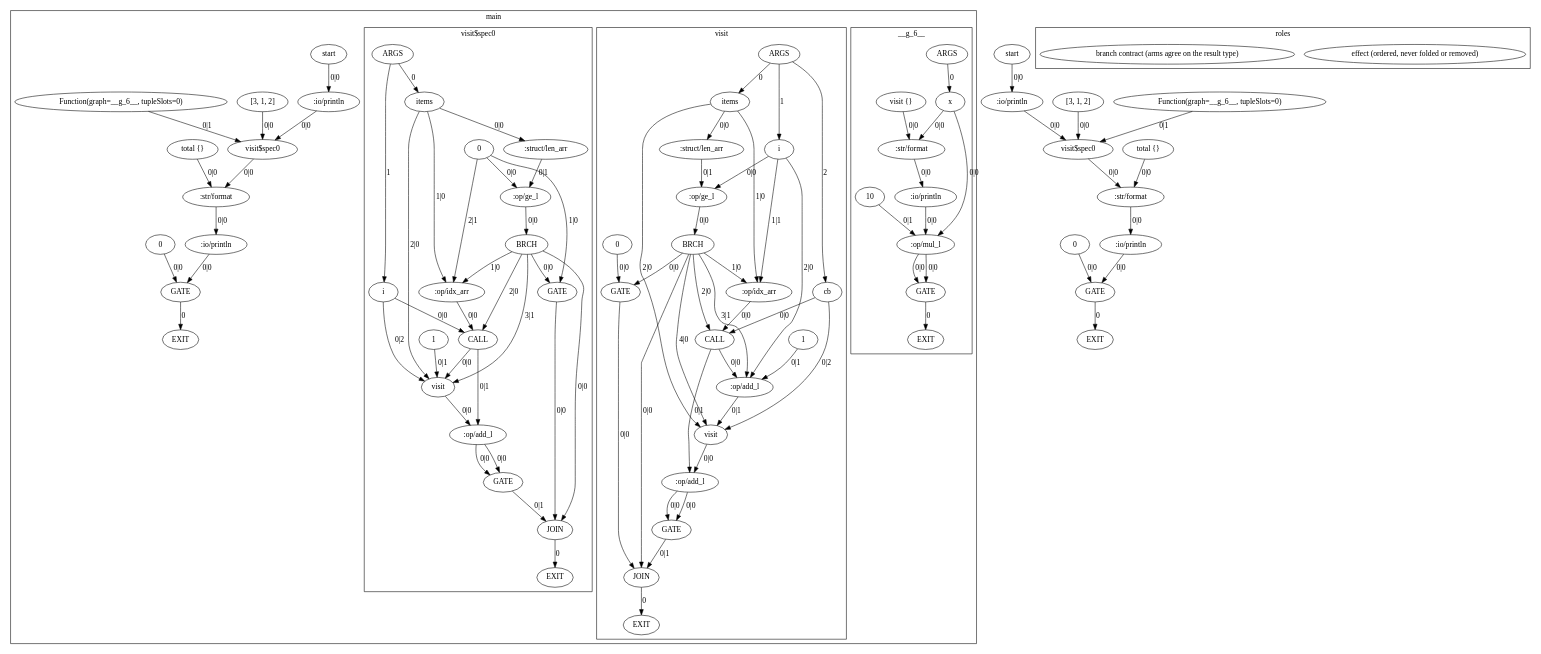
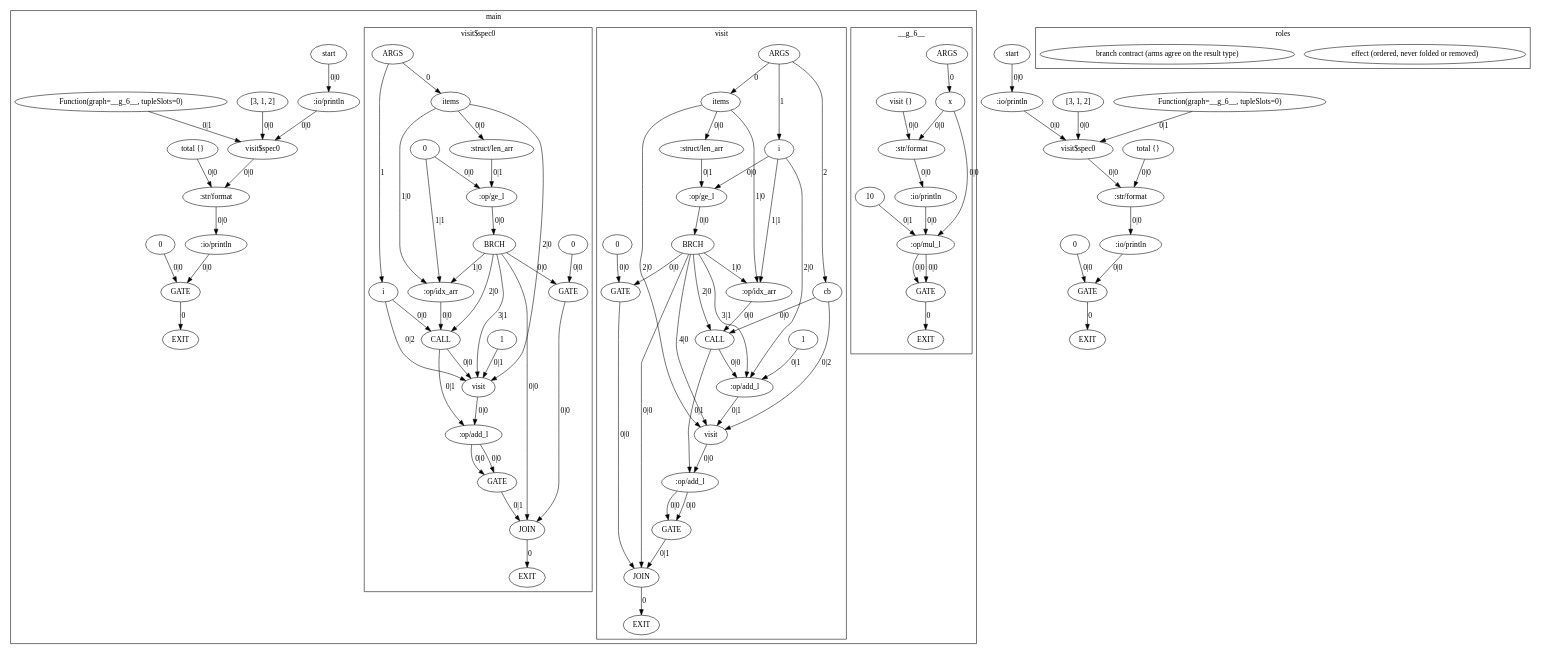
Before and after one commit to OpenCML/Camel: the diagram in exemplars/05_effect_order/expected/simplified.agir.dot, drawn with Graphviz. The commit also changed 30 other files, not shown here.

```diff
--- a/exemplars/05_effect_order/expected/simplified.agir.dot
+++ b/exemplars/05_effect_order/expected/simplified.agir.dot
@@ -89,81 +89,82 @@
             N1E [label="GATE", type="GATE", value_type="int"];
             N1F [label=":op/idx_arr", type="OPER", origin=274, span="10:24-10:25", srcfile="exemplars/05_effect_order/program.cml", value_type="int"];
             N20 [label="CALL", type="CALL", origin=275, span="10:16-10:28", srcfile="exemplars/05_effect_order/program.cml", value_type="int"];
-            N21 [label="1", type="DATA", origin=279, span="11:32-11:33", srcfile="exemplars/05_effect_order/program.cml", value_type="int"];
-            N22 [label="visit", type="FUNC", origin=281, span="11:15-11:38", srcfile="exemplars/05_effect_order/program.cml", value_type="int"];
-            N23 [label=":op/add_l", type="OPER", origin=282, span="11:39-11:40", srcfile="exemplars/05_effect_order/program.cml", value_type="int"];
-            N24 [label="GATE", type="GATE", value_type="int"];
+            N21 [label="visit", type="FUNC", origin=281, span="11:15-11:38", srcfile="exemplars/05_effect_order/program.cml", value_type="int"];
+            N22 [label=":op/add_l", type="OPER", origin=282, span="11:39-11:40", srcfile="exemplars/05_effect_order/program.cml", value_type="int"];
+            N23 [label="GATE", type="GATE", value_type="int"];
+            N24 [label="0", type="DATA", value_type="int"];
+            N25 [label="1", type="DATA", origin=280, span="11:30-11:31", srcfile="exemplars/05_effect_order/program.cml", value_type="int"];
             F04 -> N17 [label="0", type="NORM_PORT"];
             F04 -> N18 [label="1", type="NORM_PORT"];
             N1B -> O04 [label="0", type="EXIT"];
             N17 -> N19 [label="0|0", type="NORM"];
-            N1D -> N1A [label="0|0", type="NORM"];
+            N24 -> N1A [label="0|0", type="NORM"];
             N19 -> N1A [label="0|1", type="NORM"];
             N1E -> N1B [label="0|0", type="WITH"];
-            N24 -> N1B [label="0|1", type="WITH"];
+            N23 -> N1B [label="0|1", type="WITH"];
             N1C -> N1B [label="0|0", type="NORM"];
             N1A -> N1C [label="0|0", type="NORM"];
-            N1D -> N1E [label="1|0", type="NORM"];
+            N1D -> N1E [label="0|0", type="NORM"];
             N1C -> N1E [label="0|0", type="CTRL"];
             N17 -> N1F [label="1|0", type="NORM"];
-            N1D -> N1F [label="2|1", type="NORM"];
+            N24 -> N1F [label="1|1", type="NORM"];
             N1C -> N1F [label="1|0", type="CTRL"];
             N18 -> N20 [label="0|0", type="WITH"];
             N1F -> N20 [label="0|0", type="NORM"];
             N1C -> N20 [label="2|0", type="CTRL"];
-            N17 -> N22 [label="2|0", type="NORM"];
-            N21 -> N22 [label="0|1", type="NORM"];
-            N18 -> N22 [label="0|2", type="NORM"];
-            N20 -> N22 [label="0|0", type="CTRL"];
-            N1C -> N22 [label="3|1", type="CTRL"];
+            N17 -> N21 [label="2|0", type="NORM"];
+            N25 -> N21 [label="0|1", type="NORM"];
+            N18 -> N21 [label="0|2", type="NORM"];
+            N20 -> N21 [label="0|0", type="CTRL"];
+            N1C -> N21 [label="3|1", type="CTRL"];
+            N21 -> N22 [label="0|0", type="NORM"];
+            N20 -> N22 [label="0|1", type="NORM"];
             N22 -> N23 [label="0|0", type="NORM"];
-            N20 -> N23 [label="0|1", type="NORM"];
-            N23 -> N24 [label="0|0", type="NORM"];
-            N23 -> N24 [label="0|0", type="CTRL"];
+            N22 -> N23 [label="0|0", type="CTRL"];
         }
         O01 [label="EXIT", type="EXIT"];
-        N25 [label="start", type="DATA", origin=285, span="16:12-16:19", srcfile="exemplars/05_effect_order/program.cml", value_type="string"];
-        N26 [label=":io/println", type="OPER", role="effect", origin=286, span="16:4-16:11", srcfile="exemplars/05_effect_order/program.cml", value_type="string"];
-        N27 [label="[3, 1, 2]", type="DATA", origin=288, span="17:22-17:31", srcfile="exemplars/05_effect_order/program.cml", value_type="int[]"];
-        N28 [label="Function(graph=__g_6__, tupleSlots=0)", type="DATA", origin=290, span="17:36-20:5", srcfile="exemplars/05_effect_order/program.cml", value_type="(x: int) => int"];
-        N29 [label="visit$spec0", type="FUNC", origin=299, span="17:16-20:6", srcfile="exemplars/05_effect_order/program.cml", value_type="int"];
-        N2A [label="total {}", type="DATA", origin=302, span="21:12-21:22", srcfile="exemplars/05_effect_order/program.cml", value_type="string"];
-        N2B [label=":str/format", type="OPER", origin=303, span="21:30-21:37", srcfile="exemplars/05_effect_order/program.cml", value_type="string"];
-        N2C [label=":io/println", type="OPER", role="effect", origin=304, span="21:4-21:11", srcfile="exemplars/05_effect_order/program.cml", value_type="string"];
-        N2D [label="0", type="DATA", origin=305, span="22:11-22:12", srcfile="exemplars/05_effect_order/program.cml", value_type="int"];
-        N2E [label="GATE", type="GATE", value_type="int"];
-        N2E -> O01 [label="0", type="EXIT"];
-        N25 -> N26 [label="0|0", type="NORM"];
-        N27 -> N29 [label="0|0", type="NORM"];
-        N28 -> N29 [label="0|1", type="NORM"];
-        N26 -> N29 [label="0|0", type="CTRL"];
-        N29 -> N2B [label="0|0", type="WITH"];
-        N2A -> N2B [label="0|0", type="NORM"];
+        N26 [label="start", type="DATA", origin=285, span="16:12-16:19", srcfile="exemplars/05_effect_order/program.cml", value_type="string"];
+        N27 [label=":io/println", type="OPER", role="effect", origin=286, span="16:4-16:11", srcfile="exemplars/05_effect_order/program.cml", value_type="string"];
+        N28 [label="[3, 1, 2]", type="DATA", origin=288, span="17:22-17:31", srcfile="exemplars/05_effect_order/program.cml", value_type="int[]"];
+        N29 [label="Function(graph=__g_6__, tupleSlots=0)", type="DATA", origin=290, span="17:36-20:5", srcfile="exemplars/05_effect_order/program.cml", value_type="(x: int) => int"];
+        N2A [label="visit$spec0", type="FUNC", origin=299, span="17:16-20:6", srcfile="exemplars/05_effect_order/program.cml", value_type="int"];
+        N2B [label="total {}", type="DATA", origin=302, span="21:12-21:22", srcfile="exemplars/05_effect_order/program.cml", value_type="string"];
+        N2C [label=":str/format", type="OPER", origin=303, span="21:30-21:37", srcfile="exemplars/05_effect_order/program.cml", value_type="string"];
+        N2D [label=":io/println", type="OPER", role="effect", origin=304, span="21:4-21:11", srcfile="exemplars/05_effect_order/program.cml", value_type="string"];
+        N2E [label="0", type="DATA", origin=305, span="22:11-22:12", srcfile="exemplars/05_effect_order/program.cml", value_type="int"];
+        N2F [label="GATE", type="GATE", value_type="int"];
+        N2F -> O01 [label="0", type="EXIT"];
+        N26 -> N27 [label="0|0", type="NORM"];
+        N28 -> N2A [label="0|0", type="NORM"];
+        N29 -> N2A [label="0|1", type="NORM"];
+        N27 -> N2A [label="0|0", type="CTRL"];
+        N2A -> N2C [label="0|0", type="WITH"];
         N2B -> N2C [label="0|0", type="NORM"];
-        N2D -> N2E [label="0|0", type="NORM"];
-        N2C -> N2E [label="0|0", type="CTRL"];
+        N2C -> N2D [label="0|0", type="NORM"];
+        N2E -> N2F [label="0|0", type="NORM"];
+        N2D -> N2F [label="0|0", type="CTRL"];
     }
     O00 [label="EXIT", type="EXIT"];
-    N2F [label="start", type="DATA", origin=285, span="16:12-16:19", srcfile="exemplars/05_effect_order/program.cml", value_type="string"];
-    N30 [label=":io/println", type="OPER", role="effect", origin=286, span="16:4-16:11", srcfile="exemplars/05_effect_order/program.cml", value_type="string"];
-    N31 [label="[3, 1, 2]", type="DATA", origin=288, span="17:22-17:31", srcfile="exemplars/05_effect_order/program.cml", value_type="int[]"];
-    N32 [label="0", type="DATA", origin=289, span="17:33-17:34", srcfile="exemplars/05_effect_order/program.cml", value_type="int"];
-    N33 [label="Function(graph=__g_6__, tupleSlots=0)", type="DATA", origin=290, span="17:36-20:5", srcfile="exemplars/05_effect_order/program.cml", value_type="(x: int) => int"];
-    N34 [label="visit$spec0", type="FUNC", origin=299, span="17:16-20:6", srcfile="exemplars/05_effect_order/program.cml", value_type="int"];
-    N35 [label="total {}", type="DATA", origin=302, span="21:12-21:22", srcfile="exemplars/05_effect_order/program.cml", value_type="string"];
-    N36 [label=":str/format", type="OPER", origin=303, span="21:30-21:37", srcfile="exemplars/05_effect_order/program.cml", value_type="string"];
-    N37 [label=":io/println", type="OPER", role="effect", origin=304, span="21:4-21:11", srcfile="exemplars/05_effect_order/program.cml", value_type="string"];
-    N38 [label="GATE", type="GATE", value_type="int"];
-    N38 -> O00 [label="0", type="EXIT"];
-    N2F -> N30 [label="0|0", type="NORM"];
-    N31 -> N34 [label="0|0", type="NORM"];
-    N33 -> N34 [label="0|1", type="NORM"];
-    N30 -> N34 [label="0|0", type="CTRL"];
-    N34 -> N36 [label="0|0", type="WITH"];
-    N35 -> N36 [label="0|0", type="NORM"];
+    N30 [label="start", type="DATA", origin=285, span="16:12-16:19", srcfile="exemplars/05_effect_order/program.cml", value_type="string"];
+    N31 [label=":io/println", type="OPER", role="effect", origin=286, span="16:4-16:11", srcfile="exemplars/05_effect_order/program.cml", value_type="string"];
+    N32 [label="[3, 1, 2]", type="DATA", origin=288, span="17:22-17:31", srcfile="exemplars/05_effect_order/program.cml", value_type="int[]"];
+    N33 [label="0", type="DATA", origin=289, span="17:33-17:34", srcfile="exemplars/05_effect_order/program.cml", value_type="int"];
+    N34 [label="Function(graph=__g_6__, tupleSlots=0)", type="DATA", origin=290, span="17:36-20:5", srcfile="exemplars/05_effect_order/program.cml", value_type="(x: int) => int"];
+    N35 [label="visit$spec0", type="FUNC", origin=299, span="17:16-20:6", srcfile="exemplars/05_effect_order/program.cml", value_type="int"];
+    N36 [label="total {}", type="DATA", origin=302, span="21:12-21:22", srcfile="exemplars/05_effect_order/program.cml", value_type="string"];
+    N37 [label=":str/format", type="OPER", origin=303, span="21:30-21:37", srcfile="exemplars/05_effect_order/program.cml", value_type="string"];
+    N38 [label=":io/println", type="OPER", role="effect", origin=304, span="21:4-21:11", srcfile="exemplars/05_effect_order/program.cml", value_type="string"];
+    N39 [label="GATE", type="GATE", value_type="int"];
+    N39 -> O00 [label="0", type="EXIT"];
+    N30 -> N31 [label="0|0", type="NORM"];
+    N32 -> N35 [label="0|0", type="NORM"];
+    N34 -> N35 [label="0|1", type="NORM"];
+    N31 -> N35 [label="0|0", type="CTRL"];
+    N35 -> N37 [label="0|0", type="WITH"];
     N36 -> N37 [label="0|0", type="NORM"];
-    N32 -> N38 [label="0|0", type="NORM"];
-    N37 -> N38 [label="0|0", type="CTRL"];
+    N37 -> N38 [label="0|0", type="NORM"];
+    N33 -> N39 [label="0|0", type="NORM"];
+    N38 -> N39 [label="0|0", type="CTRL"];
     subgraph cluster_legend {
         label="roles";
         "legend_effect" [label="effect (ordered, never folded or removed)", type="LEGEND", role="effect"];
```
